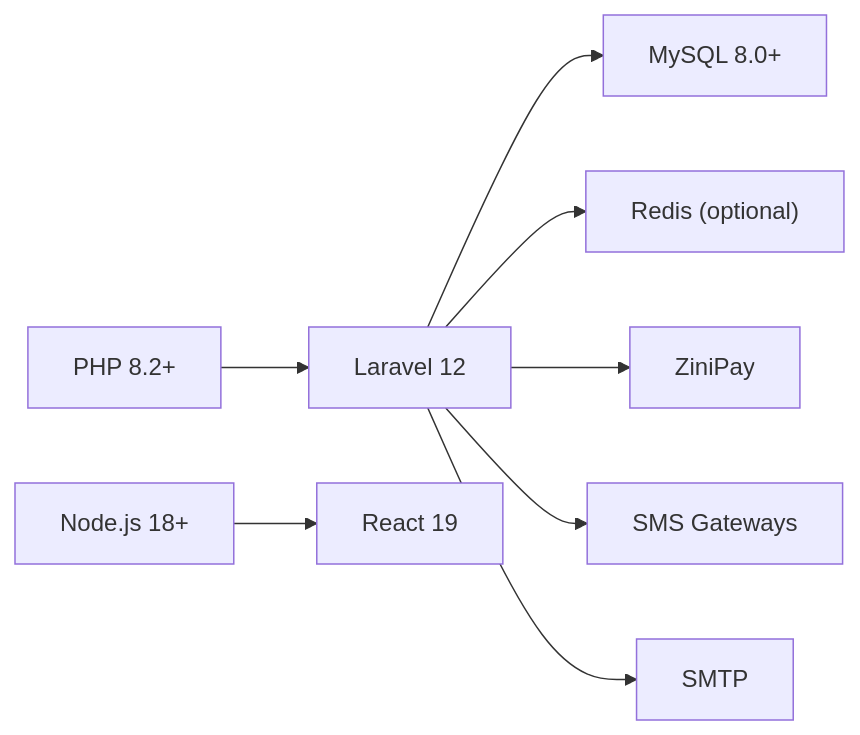
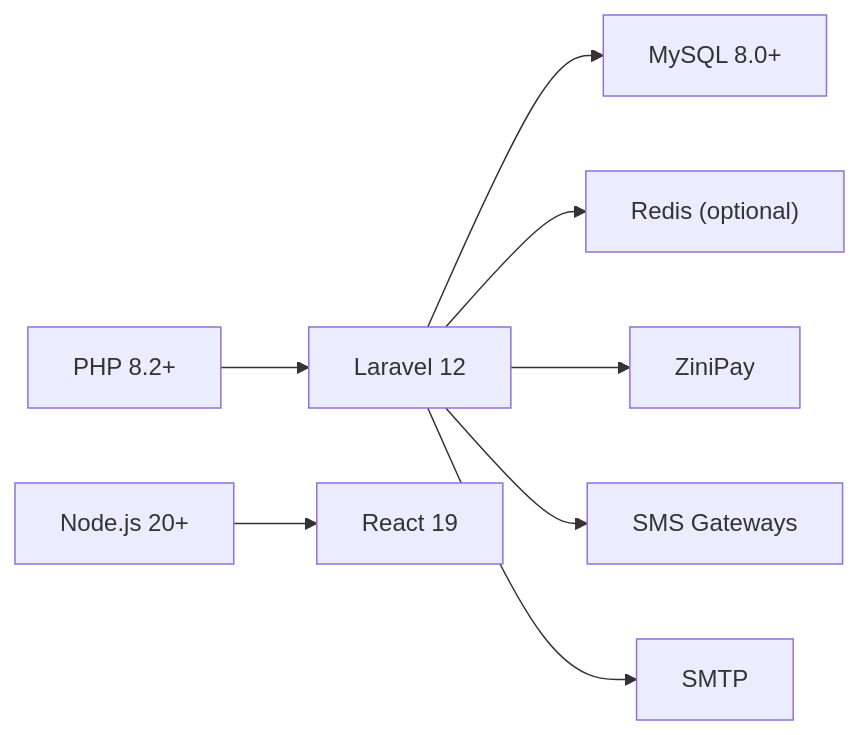
The fifth of 5 diagrams in .qoder/repowiki/en/content/Deployment & DevOps/Deployment & DevOps.md (mahbub095/bus-app), drawn with Mermaid before and after one commit. The commit also changed other lines of this file and 165 other files, not shown here.

````diff
--- a/.qoder/repowiki/en/content/Deployment & DevOps/Deployment & DevOps.md
+++ b/.qoder/repowiki/en/content/Deployment & DevOps/Deployment & DevOps.md
@@ -354,10 +364,10 @@
 ```mermaid
 graph LR
 PHP["PHP 8.2+"] --> Laravel["Laravel 12"]
-Node["Node.js 18+"] --> React["React 19"]
+Node["Node.js 20+"] --> React["React 19"]
 Laravel --> MySQL["MySQL 8.0+"]
 Laravel --> Redis["Redis (optional)"]
 Laravel --> ZiniPay["ZiniPay"]
 Laravel --> SMS["SMS Gateways"]
 Laravel --> Mail["SMTP"]
 ```
````
